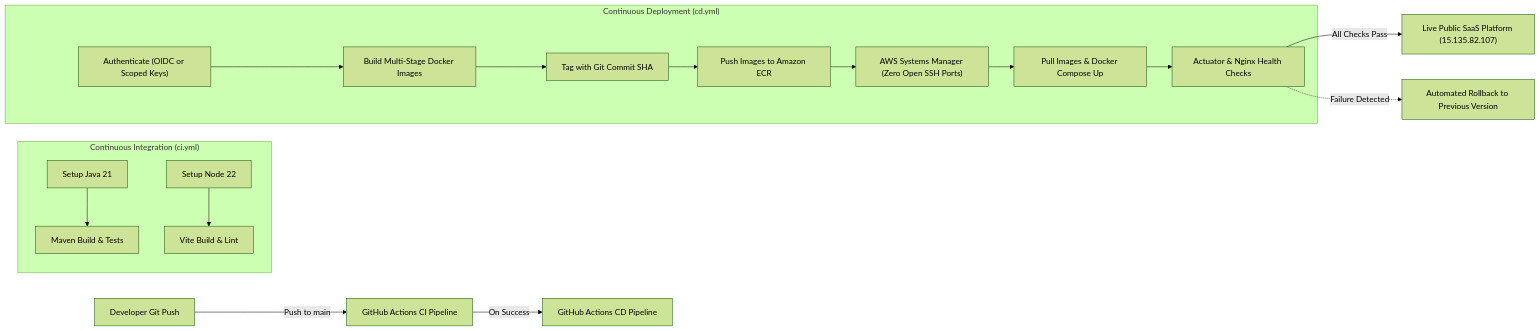
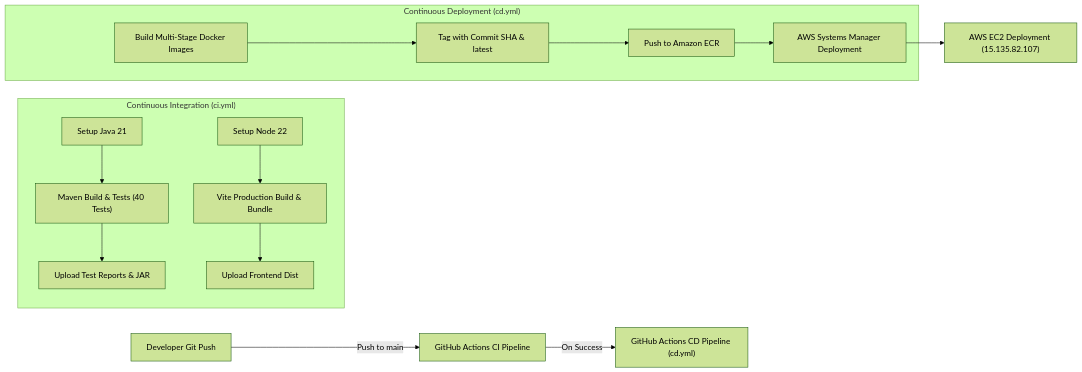
Before and after one commit to sunilganganagunta/pharmacy-management-platform: the third of 3 diagrams in README.md, drawn with Mermaid (forest theme). The commit also changed other lines of this file and 6 other files, not shown here.

````diff
--- a/README.md
+++ b/README.md
@@ -313,26 +281,24 @@
 ```mermaid
 flowchart LR
     Dev["Developer Git Push"] -->|"Push to main"| CI["GitHub Actions CI Pipeline"]
     
     subgraph CI Pipeline ["Continuous Integration (ci.yml)"]
-        Java["Setup Java 21"] --> Build["Maven Build & Tests"]
-        Node["Setup Node 22"] --> Vite["Vite Build & Lint"]
+        Java["Setup Java 21"] --> Build["Maven Build & Tests (40 Tests)"]
+        Node["Setup Node 22"] --> Vite["Vite Production Build & Bundle"]
+        Build --> Artifacts["Upload Test Reports & JAR"]
+        Vite --> DistArtifacts["Upload Frontend Dist"]
     end
     
-    CI -->|"On Success"| CD["GitHub Actions CD Pipeline"]
+    CI -->|"On Success"| CD["GitHub Actions CD Pipeline (cd.yml)"]
     
     subgraph CD Pipeline ["Continuous Deployment (cd.yml)"]
-        Auth["Authenticate (OIDC or Scoped Keys)"]
         DockerBuild["Build Multi-Stage Docker Images"]
-        Tag["Tag with Git Commit SHA"]
-        PushECR["Push Images to Amazon ECR"]
-        SSM["AWS Systems Manager (Zero Open SSH Ports)"]
-        Pull["Pull Images & Docker Compose Up"]
-        Health["Actuator & Nginx Health Checks"]
+        Tag["Tag with Commit SHA & latest"]
+        PushECR["Push to Amazon ECR"]
+        SSM["AWS Systems Manager Deployment"]
         
-        Auth --> DockerBuild --> Tag --> PushECR --> SSM --> Pull --> Health
+        DockerBuild --> Tag --> PushECR --> SSM
     end
 
-    Health -->|"All Checks Pass"| Live["Live Public SaaS Platform (15.135.82.107)"]
-    Health -.->|"Failure Detected"| Rollback["Automated Rollback to Previous Version"]
+    SSM --> Live["AWS EC2 Deployment (15.135.82.107)"]
 ```
````
